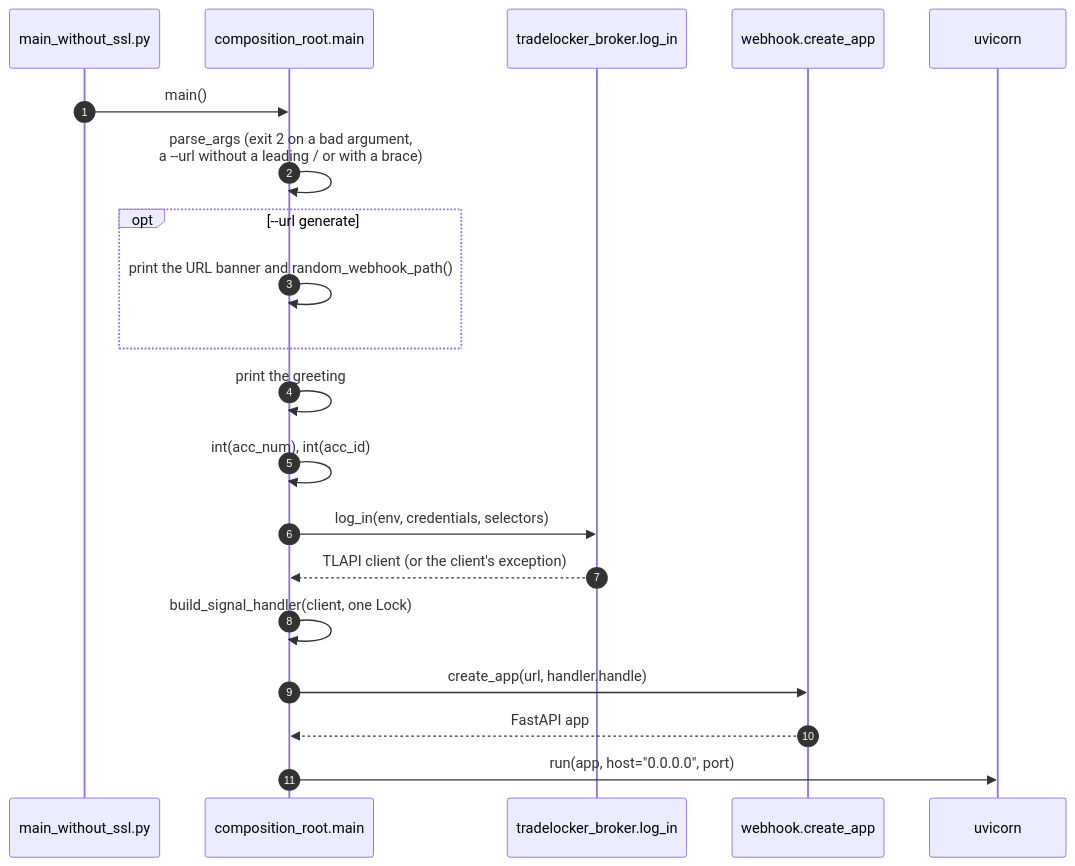
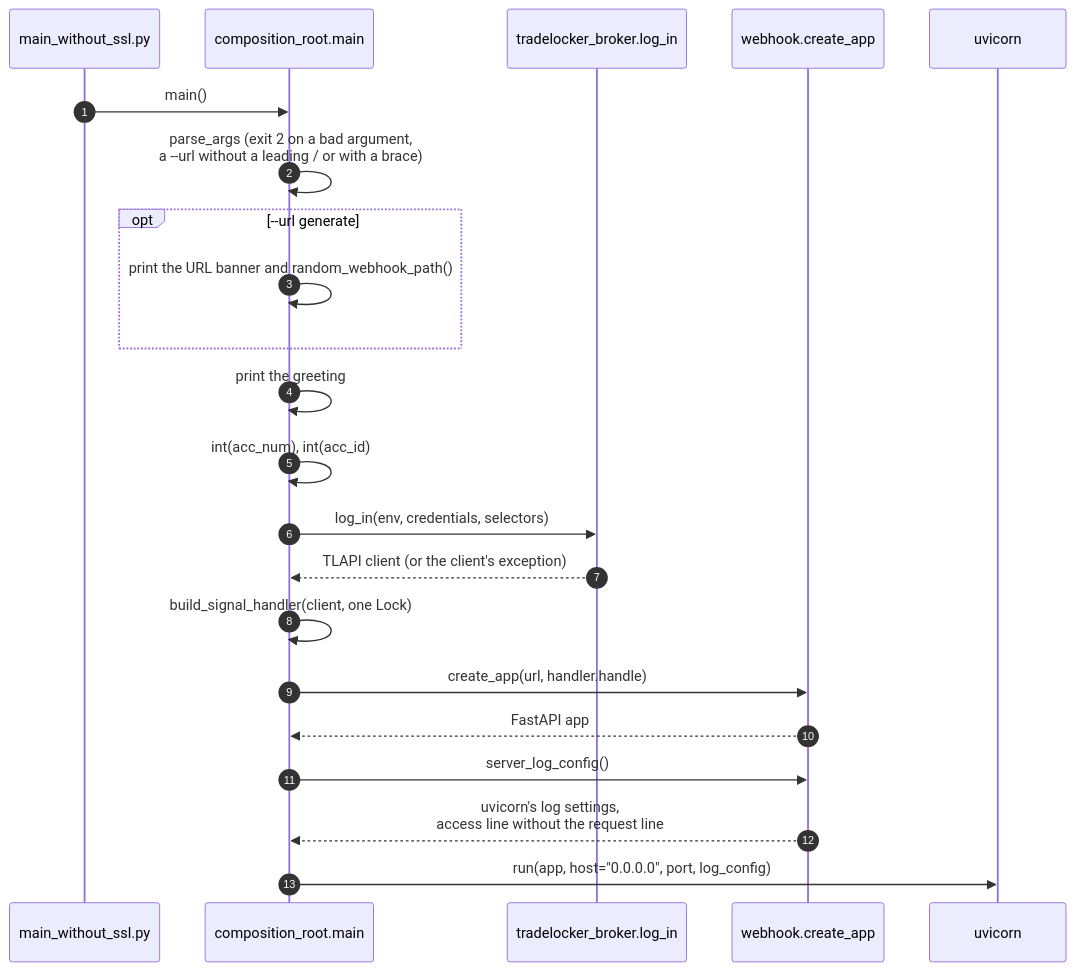
The second of 6 diagrams in docs/architecture.md (Akinzou/TradeLockerBot), drawn with Mermaid before and after one commit. The commit also changed other lines of this file and 13 other files, not shown here.

First line of the commit message:
fix: hide the request line in the access log (roadmap step 6f)

````diff
--- a/docs/architecture.md
+++ b/docs/architecture.md
@@ -93,22 +93,24 @@
 ```mermaid
 sequenceDiagram
     autonumber
     participant EP as main_without_ssl.py
     participant CR as composition_root.main
     participant TB as tradelocker_broker.log_in
     participant WH as webhook.create_app
     participant U as uvicorn
     EP->>CR: main()
     CR->>CR: parse_args (exit 2 on a bad argument,<br/>a --url without a leading / or with a brace)
     opt --url generate
         CR->>CR: print the URL banner and random_webhook_path()
     end
     CR->>CR: print the greeting
     CR->>CR: int(acc_num), int(acc_id)
     CR->>TB: log_in(env, credentials, selectors)
     TB-->>CR: TLAPI client (or the client's exception)
     CR->>CR: build_signal_handler(client, one Lock)
     CR->>WH: create_app(url, handler.handle)
     WH-->>CR: FastAPI app
-    CR->>U: run(app, host="0.0.0.0", port)
+    CR->>WH: server_log_config()
+    WH-->>CR: uvicorn's log settings,<br/>access line without the request line
+    CR->>U: run(app, host="0.0.0.0", port, log_config)
 ```
````
